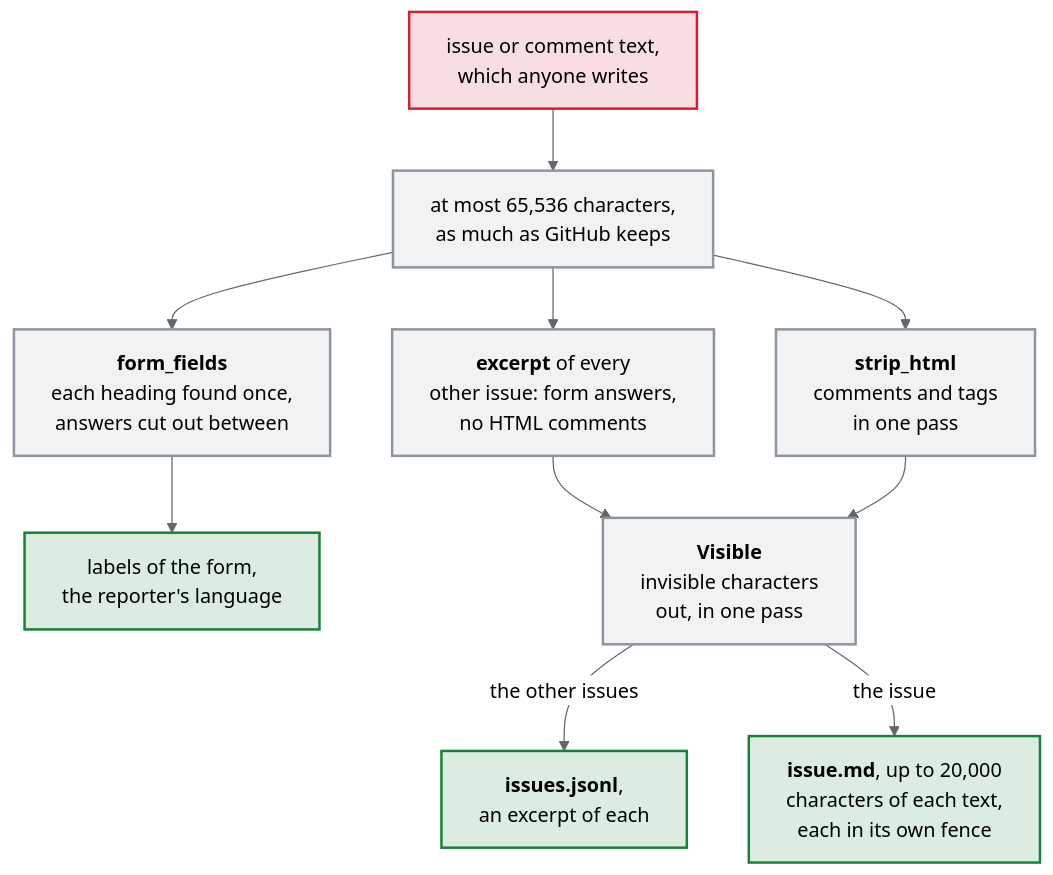
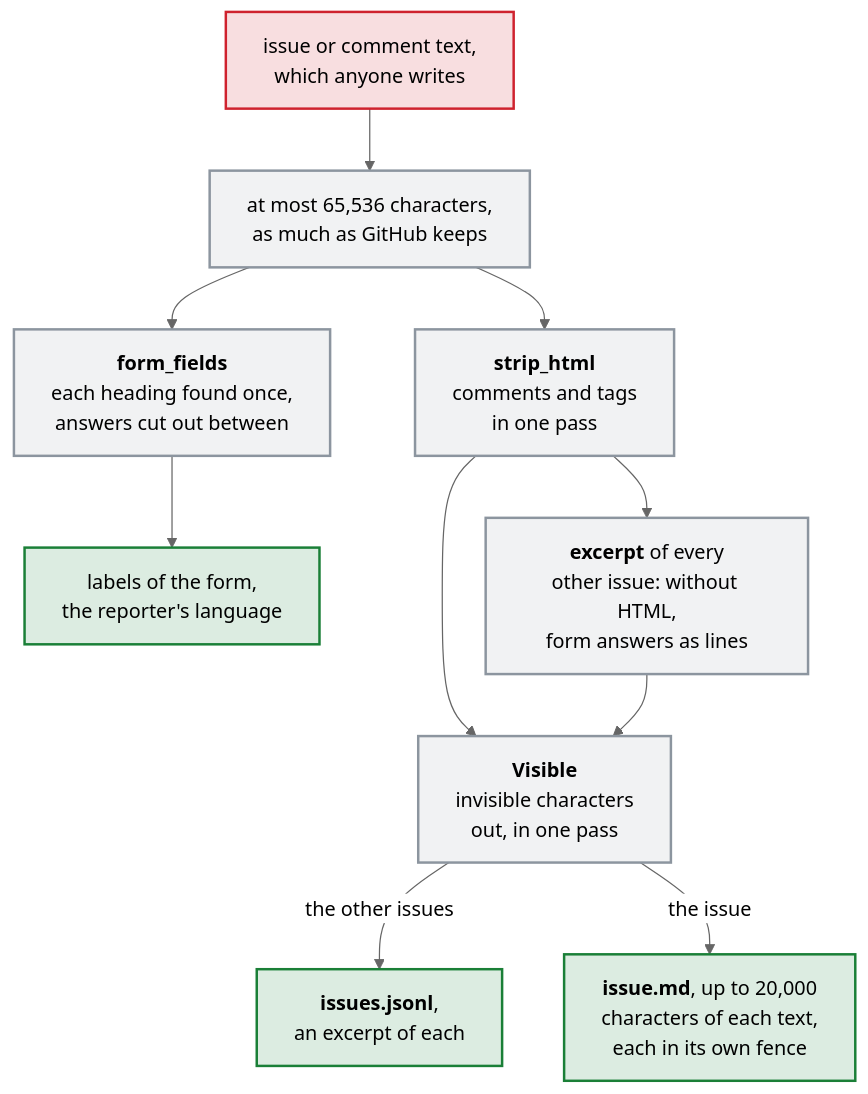
The diagram in docs/diagrams/how-the-assistant-reads-the-text-of-an-issue.mmd (Dennis-Otto/issue-assistant), drawn with Mermaid (neutral theme) before and after one commit. The commit also changed 11 other files, not shown here.

First line of the commit message:
fix(context): the excerpts of other issues hold only what GitHub shows (#380)

```diff
--- a/docs/diagrams/how-the-assistant-reads-the-text-of-an-issue.mmd
+++ b/docs/diagrams/how-the-assistant-reads-the-text-of-an-issue.mmd
@@ -1,18 +1,18 @@
 flowchart TB
   accTitle: How the assistant reads the text of an issue
-  accDescr: The text of an issue or a comment, which anyone can write, is read up to GitHub's 65,536 characters. The answers of a form are cut out between their headings, which are found once; from them come the labels of the form and the reporter's language. For the AI, the answers of a form and HTML comments make an excerpt of each other issue, and HTML comments and tags go in one pass for issue.md. Then the characters that GitHub shows as nothing go, in one pass, after the HTML, so that none can end an HTML comment that GitHub never ends. The excerpts go into issues.jsonl, and issue.md holds up to 20,000 characters of each text in a code fence that the text can't close.
+  accDescr: The text of an issue or a comment, which anyone can write, is read up to GitHub's 65,536 characters. The answers of a form are cut out between their headings, which are found once; from them come the labels of the form and the reporter's language. For the AI, the HTML goes first, comments and tags in one pass, for issue.md and for an excerpt of each other issue, whose form answers then become lines. Then the characters that GitHub shows as nothing go, in one pass, after the HTML, so that none can end an HTML comment that GitHub never ends. The excerpts go into issues.jsonl, and issue.md holds up to 20,000 characters of each text in a code fence that the text can't close.
   text["issue or comment text,<br>which anyone writes"] --> cap["at most 65,536 characters,<br>as much as GitHub keeps"]
   cap --> forms["`**form_fields**<br>each heading found once,<br>answers cut out between`"]
   forms --> event["labels of the form,<br>the reporter's language"]
-  cap --> excerpt["`**excerpt** of every<br>other issue: form answers,<br>no HTML comments`"]
   cap --> html["`**strip_html**<br>comments and tags<br>in one pass`"]
-  excerpt --> visible["`**Visible**<br>invisible characters<br>out, in one pass`"]
-  html --> visible
+  html --> excerpt["`**excerpt** of every<br>other issue: without HTML,<br>form answers as lines`"]
+  html --> visible["`**Visible**<br>invisible characters<br>out, in one pass`"]
+  excerpt --> visible
   visible -- "the other issues" --> jsonl["`**issues.jsonl**,<br>an excerpt of each`"]
   visible -- "the issue" --> issue["`**issue.md**, up to 20,000<br>characters of each text,<br>each in its own fence`"]
   classDef untrusted fill:#cf222e26,stroke:#cf222e,stroke-width:2px
   classDef job fill:#8c959f1f,stroke:#8c959f,stroke-width:2px
   classDef safe fill:#1a7f3726,stroke:#1a7f37,stroke-width:2px
   class text untrusted
   class cap,forms,excerpt,html,visible job
   class event,jsonl,issue safe
```
